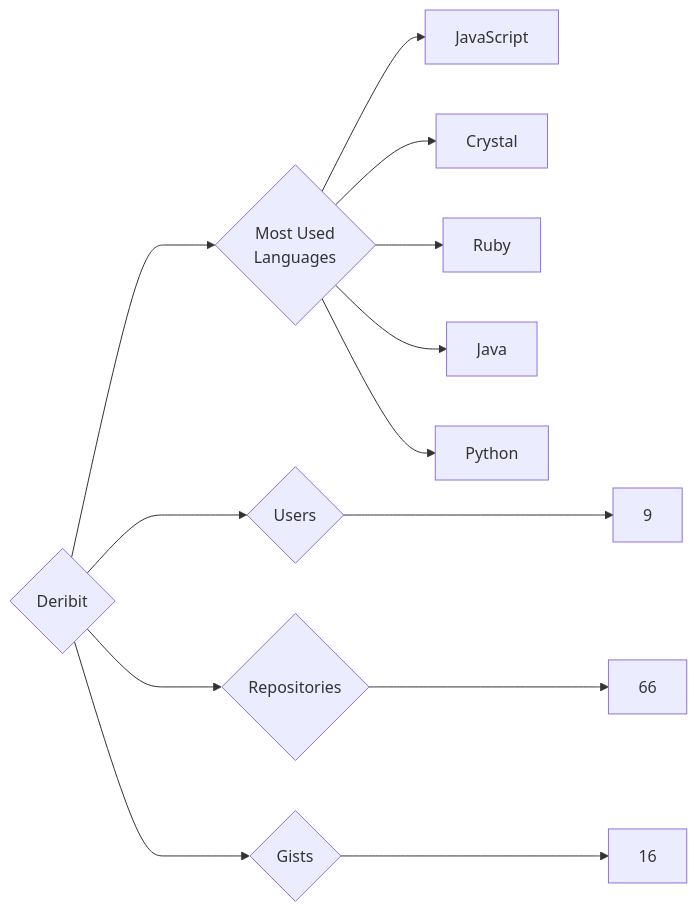
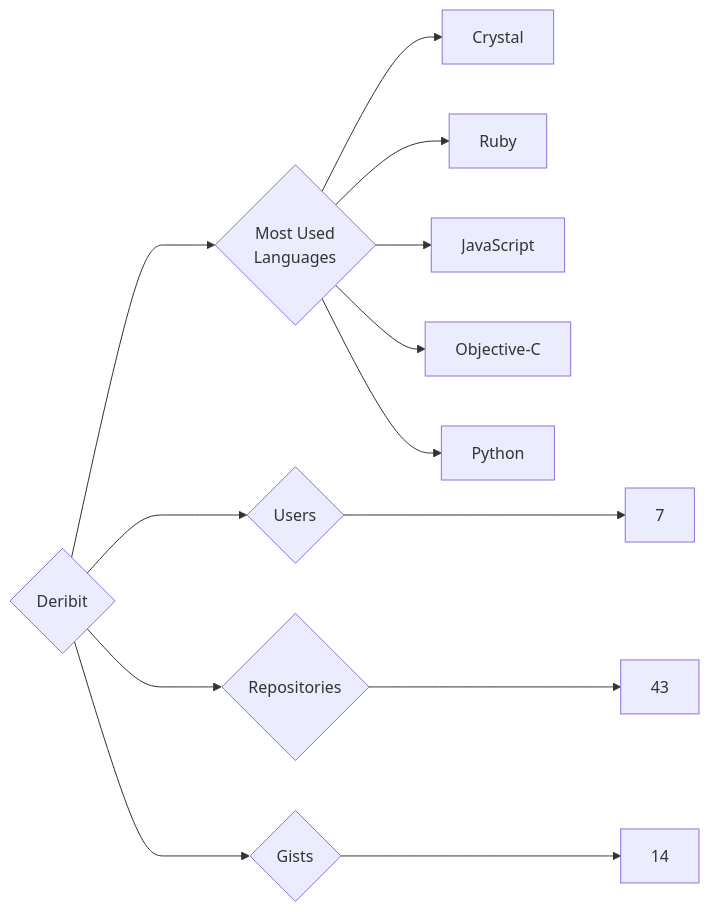
One commit to trickest/insiders changed the diagram in targets/Deribit/README.md. Above: the diagram before and after it, drawn with Mermaid. The commit also changed 925 other files, not shown here.

````diff
--- a/targets/Deribit/README.md
+++ b/targets/Deribit/README.md
@@ -3,13 +3,13 @@
 ```mermaid
 graph LR
 COMPANY_NAME{Deribit}
-COMPANY_NAME ---> U{Users} ---> UN[9]
-COMPANY_NAME ---> R{Repositories} ---> RN[66]
-COMPANY_NAME ---> G{Gists} ---> GN[16]
+COMPANY_NAME ---> U{Users} ---> UN[7]
+COMPANY_NAME ---> R{Repositories} ---> RN[43]
+COMPANY_NAME ---> G{Gists} ---> GN[14]
 COMPANY_NAME ---> ML{Most Used<br>Languages}
-ML --> JavaScript[JavaScript]
 ML --> Crystal[Crystal]
 ML --> Ruby[Ruby]
-ML --> Java[Java]
+ML --> JavaScript[JavaScript]
+ML --> Objective-C[Objective-C]
 ML --> Python[Python]
 ```
````
